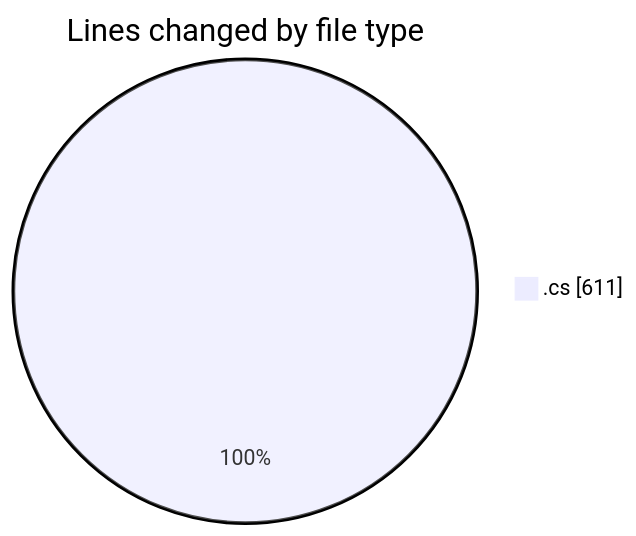
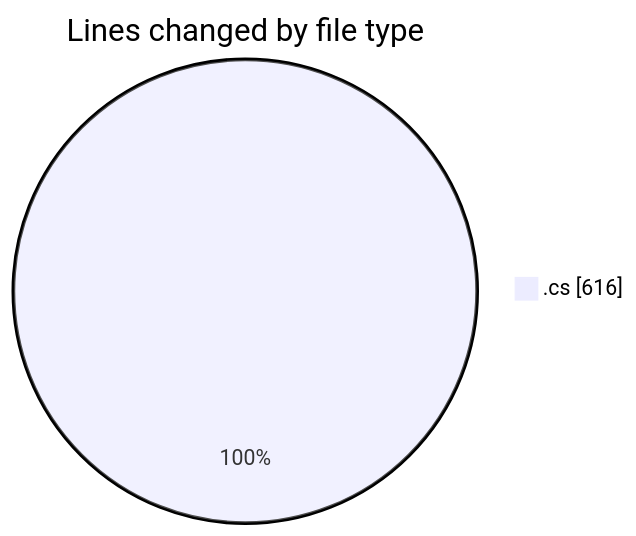
One commit to Netris89/code-tracking changed the first of 2 diagrams in 2025-04-03/back-end/README.md. Above: the diagram before and after it, drawn with Mermaid. The commit also changed other lines of this file and 1 other file, not shown here.

````diff
--- a/2025-04-03/back-end/README.md
+++ b/2025-04-03/back-end/README.md
@@ -22,5 +22,5 @@
 ```mermaid
 pie showData
 title Lines changed by file type
-".cs" : 611
+".cs" : 616
 ```
````
